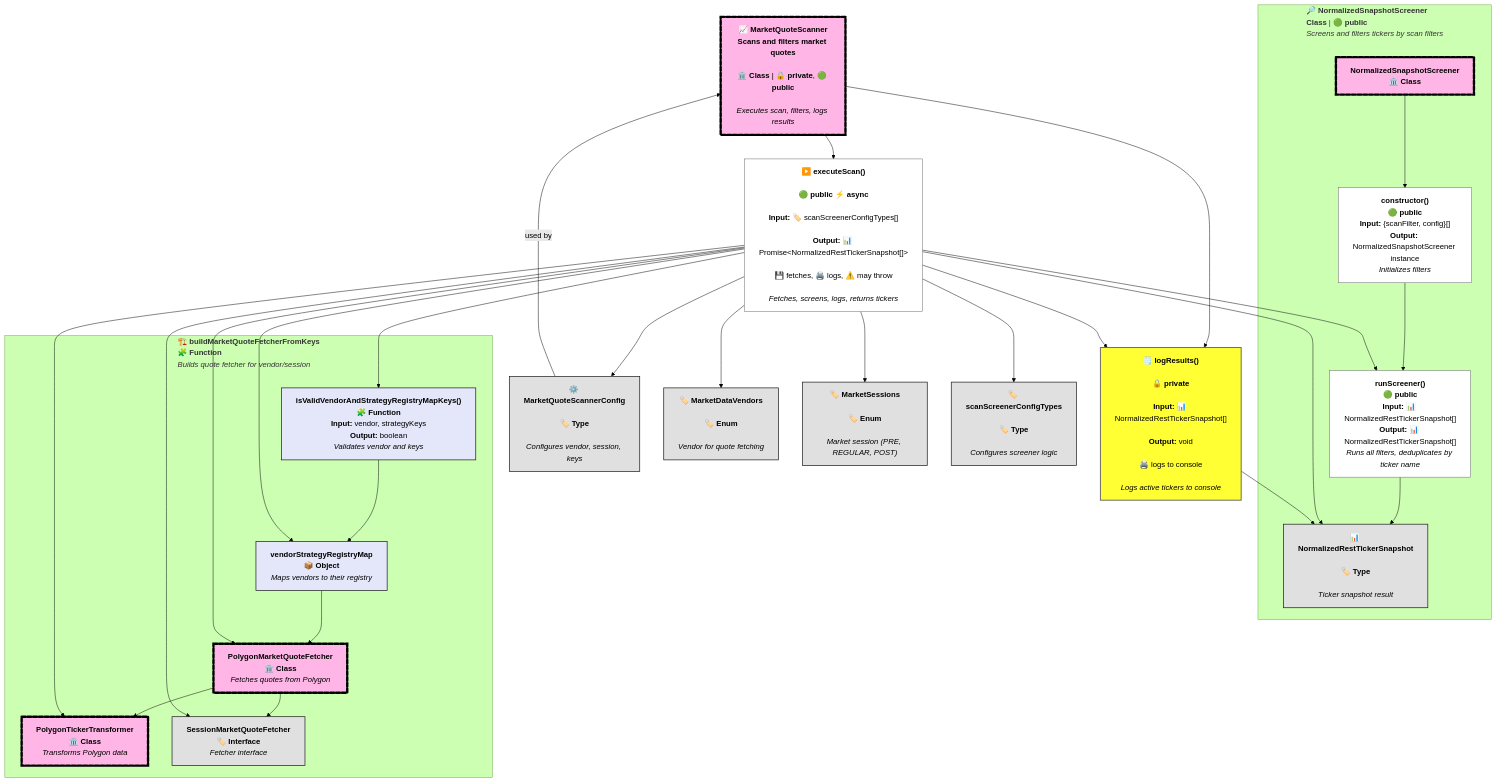
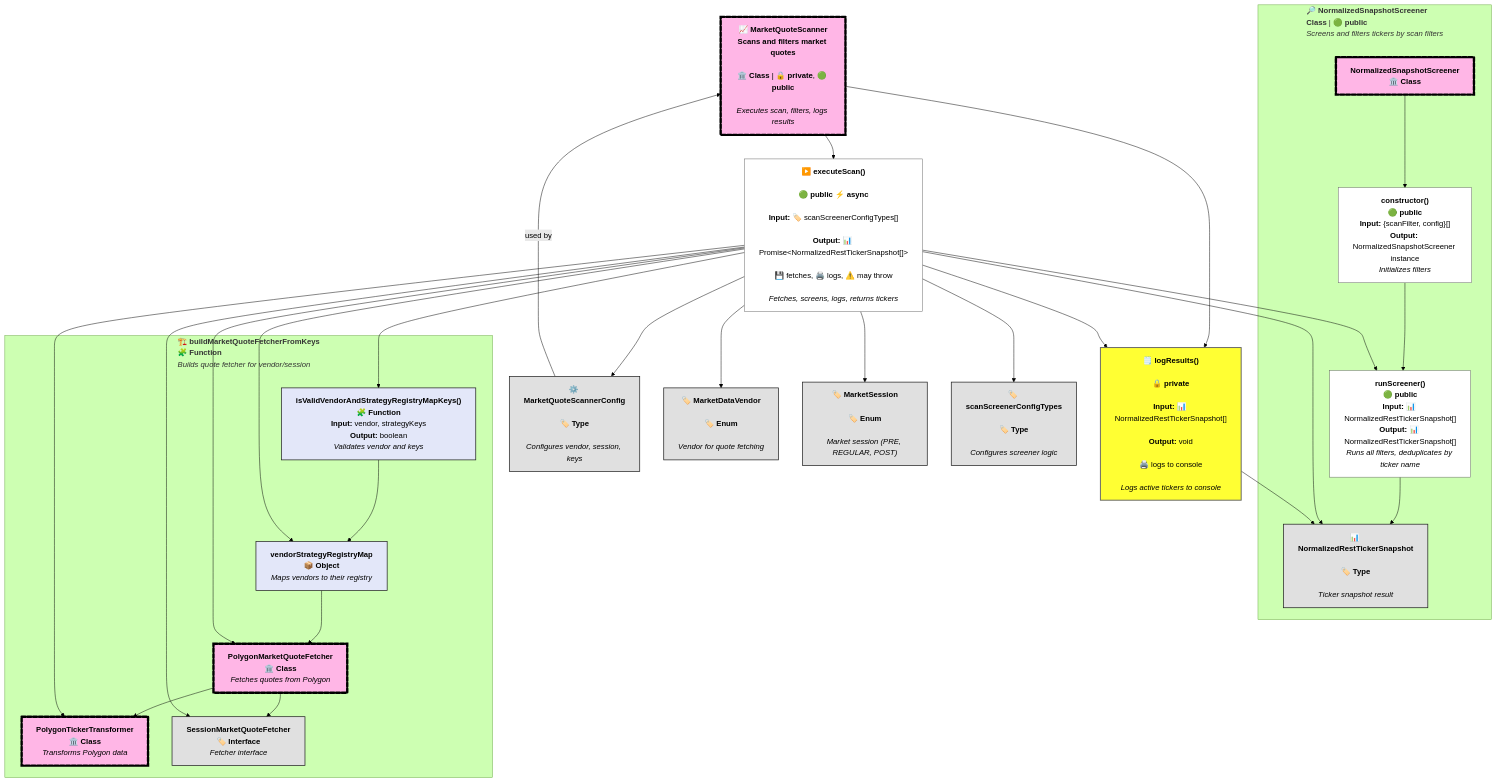
The diagram in src/strategies/scan/docs/MarketQuoteScanner.graph.mmd (monolithgoon/momentum-trend-notification-bot), drawn with Mermaid (forest theme) before and after one commit. The commit also changed 29 other files, not shown here.

Commit message:
refactor: implements a flatter market scan presets and vendor fetcher registry architecture

```diff
--- a/src/strategies/scan/docs/MarketQuoteScanner.graph.mmd
+++ b/src/strategies/scan/docs/MarketQuoteScanner.graph.mmd
@@ -1,106 +1,106 @@
 %% MarketQuoteScanner Dependency Flow Graph 
 %% (class nodes: very bold, dashed black outlines, pink fill; types/enums: grey; clean subgraphs: NormalizedSnapshotScreener, buildMarketQuoteFetcherFromKeys, bold headers, private methods bright yellow)
 
 graph TD
   %% Main class
   MarketQuoteScanner["📈 <b>MarketQuoteScanner</b><br/><b>Scans and filters market quotes</b>
   <br/>🏛️ <b>Class</b> | 🔒 <b>private</b>, 🟢 <b>public</b>
   <br/><i>Executes scan, filters, logs results</i>
   "]:::classnode
 
   %% Dependencies
   MarketQuoteScannerConfig["⚙️ <b>MarketQuoteScannerConfig</b>
   <br/>🏷️ <b>Type</b>
   <br/><i>Configures vendor, session, keys</i>
   "]:::typenode
 
-  MarketDataVendors["🏷️ <b>MarketDataVendors</b>
+  MarketDataVendor["🏷️ <b>MarketDataVendor</b>
   <br/>🏷️ <b>Enum</b>
   <br/><i>Vendor for quote fetching</i>
   "]:::typenode
 
-  MarketSessions["🏷️ <b>MarketSessions</b>
+  MarketSession["🏷️ <b>MarketSession</b>
   <br/>🏷️ <b>Enum</b>
   <br/><i>Market session (PRE, REGULAR, POST)</i>
   "]:::typenode
 
   scanScreenerConfigTypes["🏷️ <b>scanScreenerConfigTypes</b>
   <br/>🏷️ <b>Type</b>
   <br/><i>Configures screener logic</i>
   "]:::typenode
 
   NormalizedRestTickerSnapshot["📊 <b>NormalizedRestTickerSnapshot</b>
   <br/>🏷️ <b>Type</b>
   <br/><i>Ticker snapshot result</i>
   "]:::typenode
 
   %% Methods
   logResults["🗒️ <b>logResults()</b>
   <br/>🔒 <b>private</b>
   <br/><b>Input:</b> 📊 NormalizedRestTickerSnapshot[]
   <br/><b>Output:</b> void
   <br/>🖨️ logs to console
   <br/><i>Logs active tickers to console</i>
   "]:::privatemethod
 
   executeScan["▶️ <b>executeScan()</b>
   <br/>🟢 <b>public</b> ⚡ <b>async</b>
   <br/><b>Input:</b> 🏷️ scanScreenerConfigTypes[]
   <br/><b>Output:</b> 📊 Promise&lt;NormalizedRestTickerSnapshot[]&gt;
   <br/>💾 fetches, 🖨️ logs, ⚠️ may throw
   <br/><i>Fetches, screens, logs, returns tickers</i>
   "]:::method
 
   %% NormalizedSnapshotScreener subgraph
   subgraph "🔎 <b>NormalizedSnapshotScreener</b> <br/> <b>Class</b> | 🟢 <b>public</b><br/><i>Screens and filters tickers by scan filters</i>"
     SS_Ctor["<b>constructor()</b><br/>🟢 <b>public</b><br/><b>Input:</b> {scanFilter, config}[]<br/><b>Output:</b> NormalizedSnapshotScreener instance<br/><i>Initializes filters</i>"]:::method
     SS_Class["<b>NormalizedSnapshotScreener</b><br/>🏛️ <b>Class</b>"]:::classnode
     SS_runScreener["<b>runScreener()</b><br/>🟢 <b>public</b><br/><b>Input:</b> 📊 NormalizedRestTickerSnapshot[]<br/><b>Output:</b> 📊 NormalizedRestTickerSnapshot[]<br/><i>Runs all filters, deduplicates by ticker name</i>"]:::method
     SS_Class --> SS_Ctor
     SS_Ctor --> SS_runScreener
     SS_runScreener --> NormalizedRestTickerSnapshot
   end
 
   %% buildMarketQuoteFetcherFromKeys subgraph (clear, logical edges)
   subgraph "🏗️ <b>buildMarketQuoteFetcherFromKeys</b><br/>🧩 <b>Function</b><br/><i>Builds quote fetcher for vendor/session</i>"
     BQ_isValid["<b>isValidVendorAndStrategyRegistryMapKeys()</b><br/>🧩 <b>Function</b><br/><b>Input:</b> vendor, strategyKeys<br/><b>Output:</b> boolean<br/><i>Validates vendor and keys</i>"]:::util
     BQ_vendorMap["<b>vendorStrategyRegistryMap</b><br/>📦 <b>Object</b><br/><i>Maps vendors to their registry</i>"]:::util
     BQ_POLYGON["<b>PolygonMarketQuoteFetcher</b><br/>🏛️ <b>Class</b><br/><i>Fetches quotes from Polygon</i>"]:::classnode
     BQ_POLYGON_transform["<b>PolygonTickerTransformer</b><br/>🏛️ <b>Class</b><br/><i>Transforms Polygon data</i>"]:::classnode
     BQ_Interface["<b>SessionMarketQuoteFetcher</b><br/>🏷️ <b>Interface</b><br/><i>Fetcher interface</i>"]:::typenode
 
     BQ_isValid --> BQ_vendorMap
     BQ_vendorMap --> BQ_POLYGON
     BQ_POLYGON --> BQ_POLYGON_transform
     BQ_POLYGON --> BQ_Interface
   end
 
   %% Constructor
   MarketQuoteScannerConfig -->|used by| MarketQuoteScanner
 
   %% Flow
   MarketQuoteScanner --> executeScan
   MarketQuoteScanner --> logResults
 
   executeScan --> MarketQuoteScannerConfig
-  executeScan --> MarketDataVendors
-  executeScan --> MarketSessions
+  executeScan --> MarketDataVendor
+  executeScan --> MarketSession
   executeScan --> scanScreenerConfigTypes
   executeScan --> NormalizedRestTickerSnapshot
   executeScan --> logResults
   executeScan --> SS_runScreener
   executeScan --> BQ_isValid
   executeScan --> BQ_vendorMap
   executeScan --> BQ_POLYGON
   executeScan --> BQ_POLYGON_transform
   executeScan --> BQ_Interface
 
   logResults --> NormalizedRestTickerSnapshot
 
   %% Styles
   classDef classnode stroke:#000,stroke-width:5px,stroke-dasharray: 8 4,stroke-linecap:round,fill:#ffb6e6;
   classDef typenode fill:#e0e0e0,stroke:#222,stroke-width:1.5px;
   classDef service fill:#f9f,stroke:#222,stroke-width:2px;
   classDef util fill:#e3e7f9,stroke:#222,stroke-width:1.5px;
   classDef method fill:#fff,stroke:#666,stroke-width:1px;
   classDef privatemethod fill:#ffff33,stroke:#666,stroke-width:2px;
```
